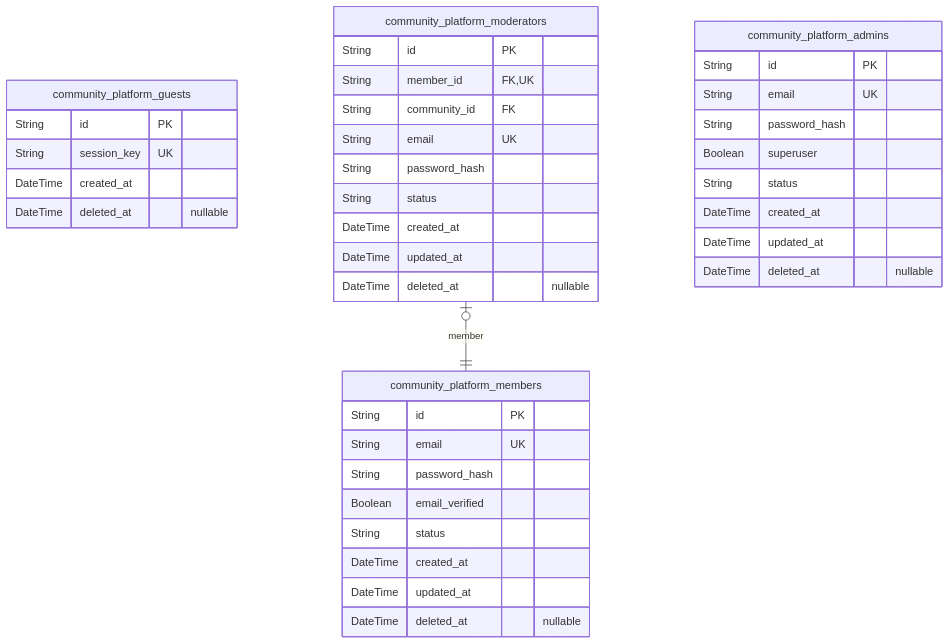
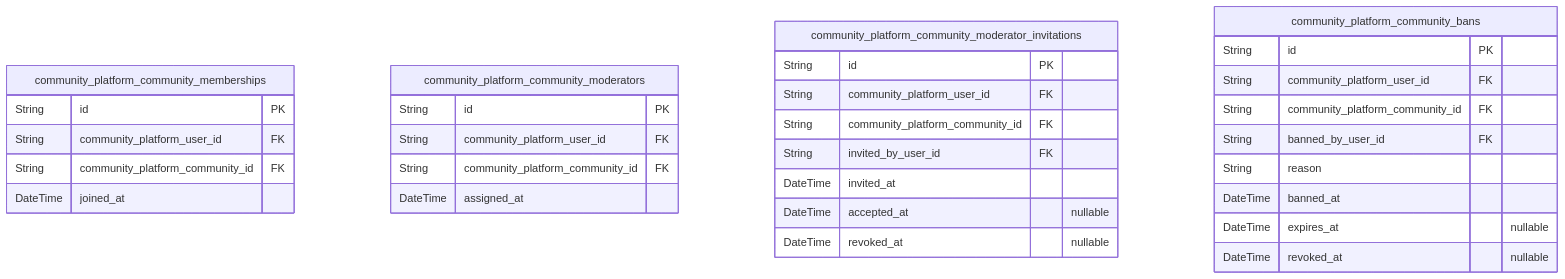
One commit to wrtnlabs/autobe-examples changed the fourth of 10 diagrams in openai/gpt-4.1/reddit/docs/ERD.md. Above: the diagram before and after it, drawn with Mermaid. The commit also changed other lines of this file and 16146 other files, not shown here.

````diff
--- a/openai/gpt-4.1/reddit/docs/ERD.md
+++ b/openai/gpt-4.1/reddit/docs/ERD.md
@@ -149,41 +463,34 @@
 ```mermaid
 erDiagram
-"community_platform_guests" {
+"community_platform_community_memberships" {
   String id PK
-  String session_key UK
-  DateTime created_at
-  DateTime deleted_at "nullable"
+  String community_platform_user_id FK
+  String community_platform_community_id FK
+  DateTime joined_at
 }
-"community_platform_members" {
+"community_platform_community_moderators" {
   String id PK
-  String email UK
-  String password_hash
-  Boolean email_verified
-  String status
-  DateTime created_at
-  DateTime updated_at
-  DateTime deleted_at "nullable"
+  String community_platform_user_id FK
+  String community_platform_community_id FK
+  DateTime assigned_at
 }
-"community_platform_moderators" {
+"community_platform_community_moderator_invitations" {
   String id PK
-  String member_id FK,UK
-  String community_id FK
-  String email UK
-  String password_hash
-  String status
-  DateTime created_at
-  DateTime updated_at
-  DateTime deleted_at "nullable"
+  String community_platform_user_id FK
+  String community_platform_community_id FK
+  String invited_by_user_id FK
+  DateTime invited_at
+  DateTime accepted_at "nullable"
+  DateTime revoked_at "nullable"
 }
-"community_platform_admins" {
+"community_platform_community_bans" {
   String id PK
-  String email UK
-  String password_hash
-  Boolean superuser
-  String status
-  DateTime created_at
-  DateTime updated_at
-  DateTime deleted_at "nullable"
+  String community_platform_user_id FK
+  String community_platform_community_id FK
+  String banned_by_user_id FK
+  String reason
+  DateTime banned_at
+  DateTime expires_at "nullable"
+  DateTime revoked_at "nullable"
 }
-"community_platform_moderators" |o--|| "community_platform_members" : member
 ```
````
